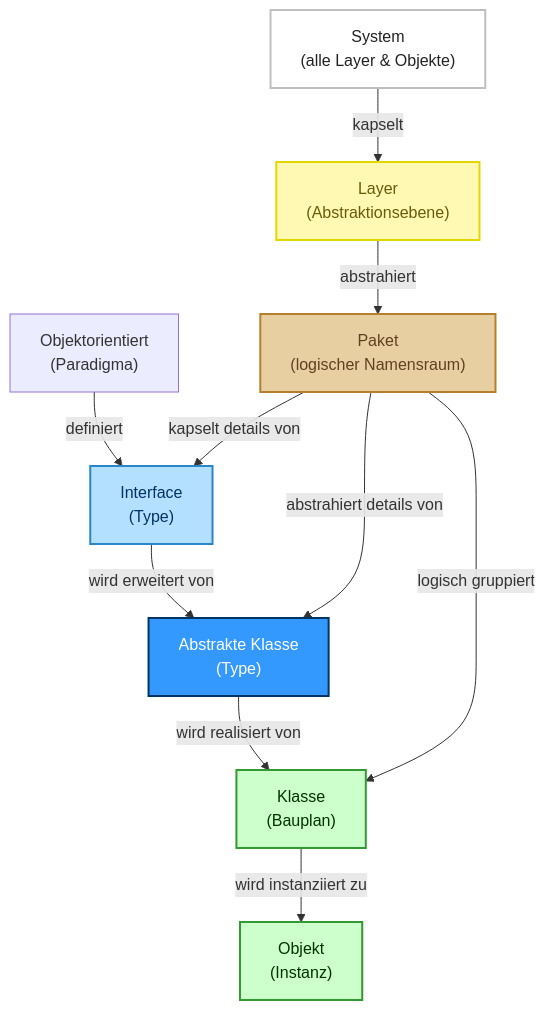
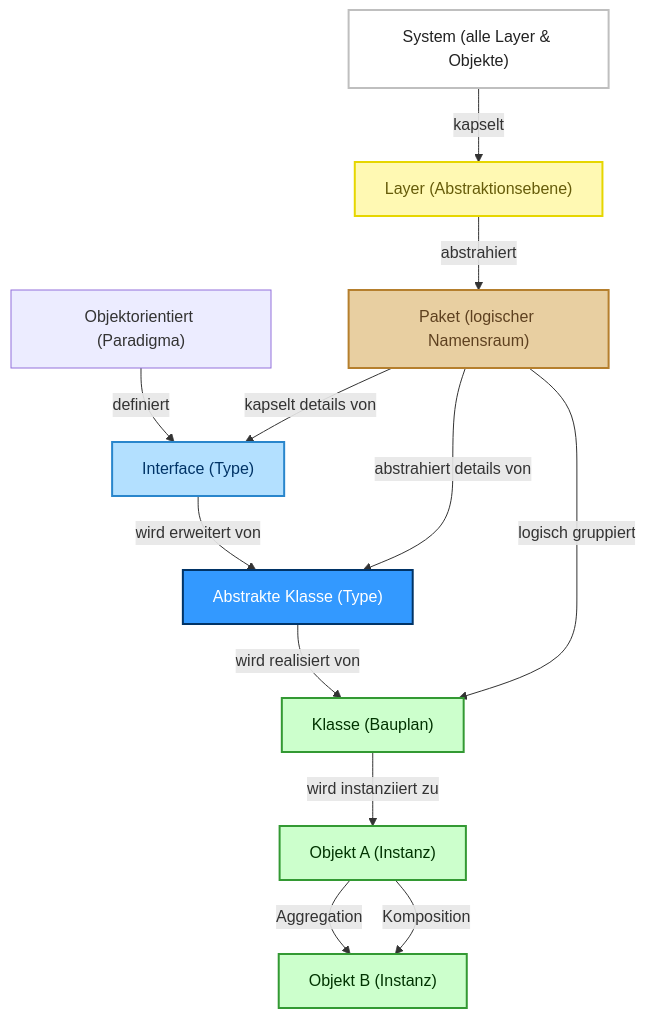
One commit to andreas-wagner-dev/object-oriented-learning-journey changed the first of 10 diagrams in blog/000_about.md. Above: the diagram before and after it, drawn with Mermaid. The commit also changed other lines of this file, not shown here.

````diff
--- a/blog/000_about.md
+++ b/blog/000_about.md
@@ -27,38 +41,39 @@
 ```mermaid
 flowchart TD
 
-    %% Paradigma
-    OO["Objektorientiert</br>(Paradigma)"]
+    OO["Objektorientiert (Paradigma)"]
 
-    %% Typen
-    TI["Interface</br>(Type)"]:::interface
-    TA["Abstrakte Klasse</br>(Type)"]:::abstractclass
-    C["Klasse</br>(Bauplan)"]:::classbox
-    O["Objekt</br>(Instanz)"]:::classbox
+    TI["Interface (Type)"]:::interface
+    TA["Abstrakte Klasse (Type)"]:::abstractclass
+    C["Klasse (Bauplan)"]:::classbox
+    O1["Objekt A (Instanz)"]:::classbox
+    O2["Objekt B (Instanz)"]:::classbox
 
-    %% Strukturelle Container
-    P["Paket</br>(logischer Namensraum)"]:::package
-    L["Layer</br>(Abstraktionsebene)"]:::layer
-    S["System</br>(alle Layer & Objekte)"]:::system
+    P["Paket (logischer Namensraum)"]:::package
+    L["Layer (Abstraktionsebene)"]:::layer
+    S["System (alle Layer & Objekte)"]:::system
 
-    %% Beziehungen mit klarer Beschriftung
     OO -- definiert --> TI
     TI -- wird erweitert von --> TA
     TA -- wird realisiert von --> C
-    C -- wird instanziiert zu --> O
+    C -- wird instanziiert zu --> O1
 
-    P -- kapselt details von--> TI
+    P -- kapselt details von --> TI
     P -- abstrahiert details von --> TA
     P -- logisch gruppiert --> C
 
     L -- abstrahiert --> P
     S -- kapselt --> L
 
-    %% Farbdefinitionen für beste Lesbarkeit
+    %% Aggregation und Komposition: Nur normale Linien plus Text
+    O1 -- Aggregation --> O2
+    O1 -- Komposition --> O2
+
+    %% Farbdefinitionen
     classDef interface fill:#b3e0ff,stroke:#2986cc,stroke-width:2px,color:#003366,font-size:16px;
     classDef abstractclass fill:#3399ff,stroke:#003366,stroke-width:2px,color:#ffffff,font-size:16px;
     classDef classbox fill:#ccffcc,stroke:#339933,stroke-width:2px,color:#003300,font-size:16px;
     classDef package fill:#e8cfa1,stroke:#b57f2d,stroke-width:2px,color:#5e4120,font-size:16px;
     classDef layer fill:#fff9b3,stroke:#e6d600,stroke-width:2px,color:#665c0a,font-size:16px;
     classDef system fill:#ffffff,stroke:#bfbfbf,stroke-width:2px,color:#222,font-size:16px;
 ```
````
